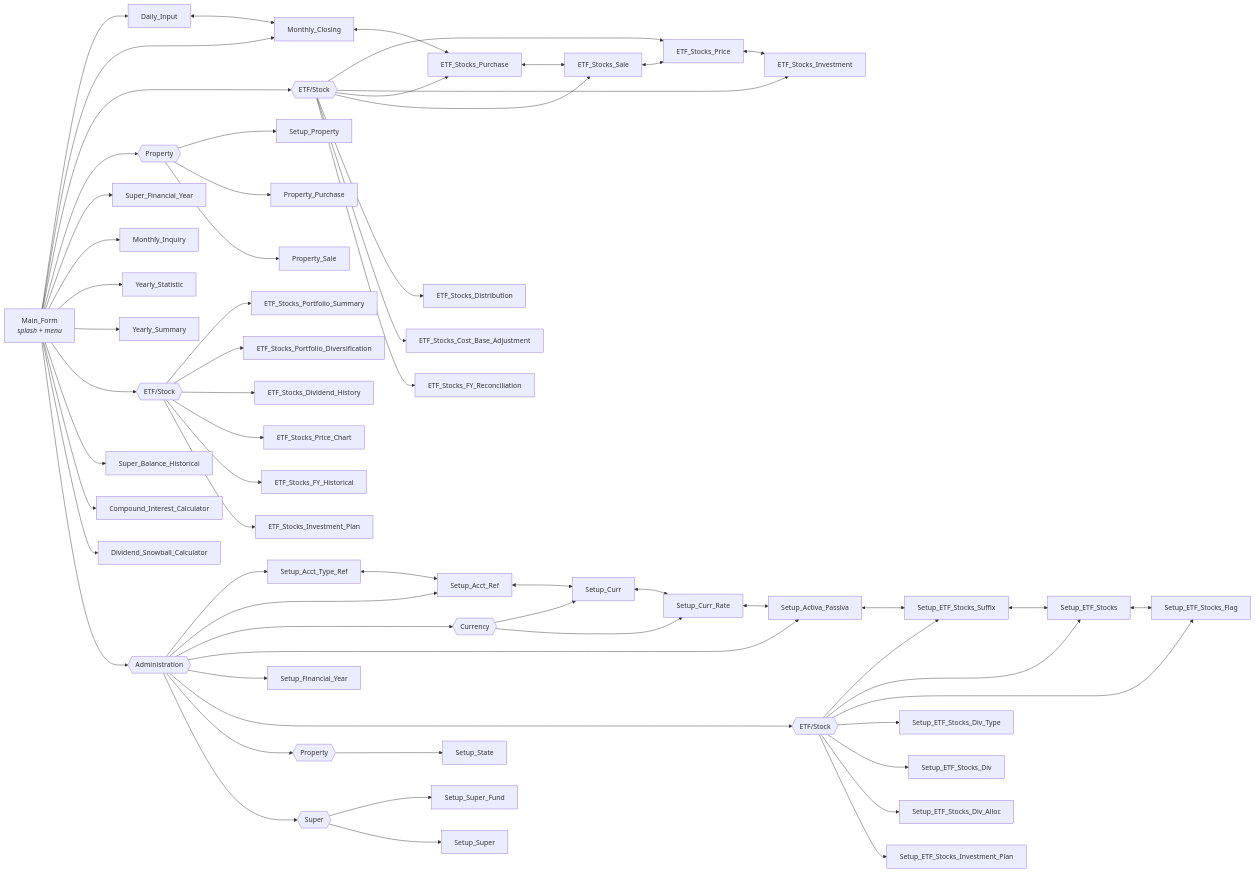
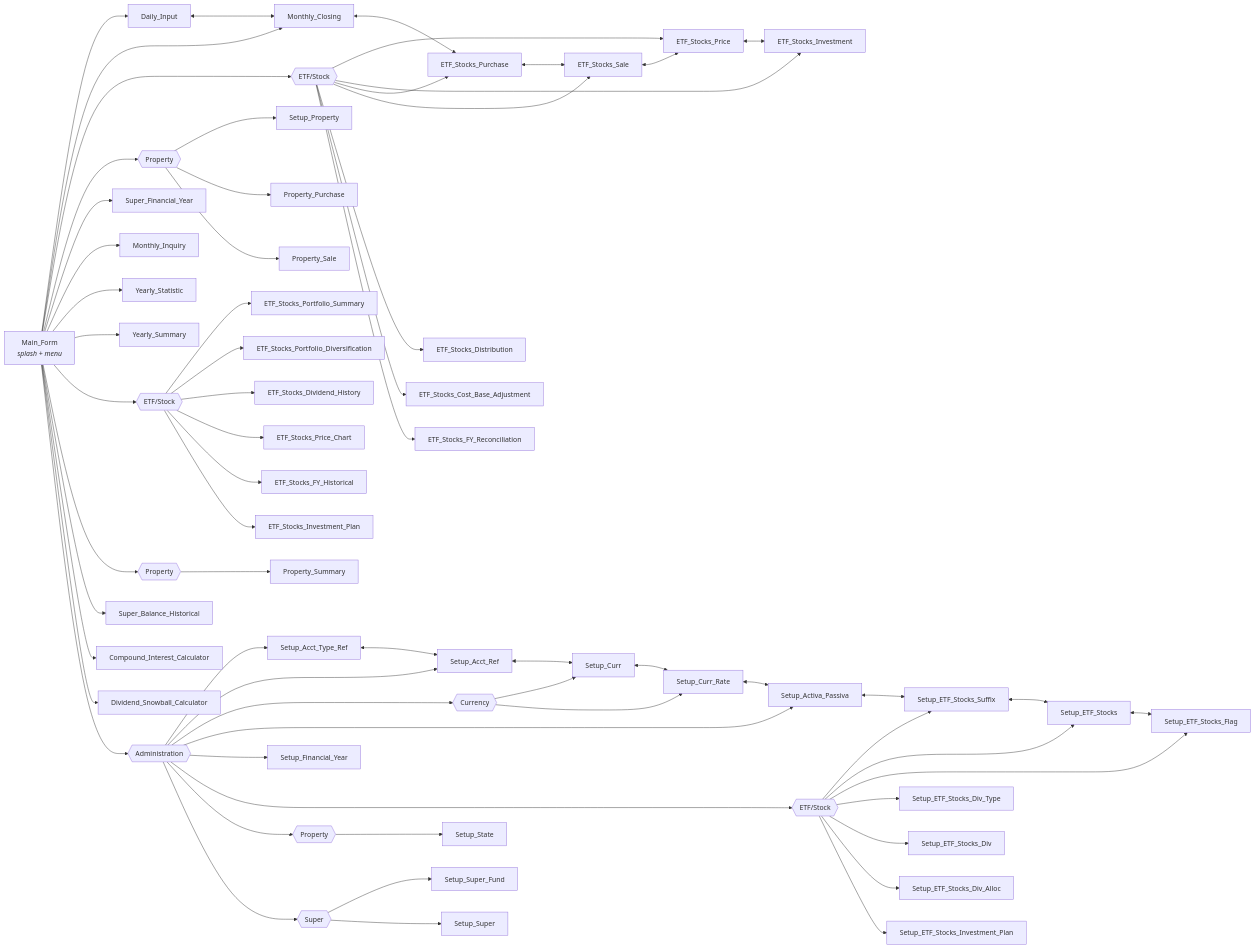
Before and after one commit to oscar-rijadi/FinancialBalance: the second of 3 diagrams in README.md, drawn with Mermaid. The commit also changed other lines of this file and 39 other files, not shown here.

Commit message:
Implement Property Summary

````diff
--- a/README.md
+++ b/README.md
@@ -109,69 +110,71 @@
 ```mermaid
 flowchart LR
     MAIN["Main_Form<br/><i>splash + menu</i>"]
 
     MAIN --> DI["Daily_Input"]
     MAIN --> MC["Monthly_Closing"]
     MAIN --> PETFG{{"ETF/Stock"}}
     PETFG --> ETP["ETF_Stocks_Price"]
     PETFG --> ETI["ETF_Stocks_Investment"]
     PETFG --> ETB["ETF_Stocks_Purchase"]
     PETFG --> ETS["ETF_Stocks_Sale"]
     PETFG --> ETD["ETF_Stocks_Distribution"]
     PETFG --> ECB["ETF_Stocks_Cost_Base_Adjustment"]
     PETFG --> ETR["ETF_Stocks_FY_Reconciliation"]
     MAIN --> PPROPG{{"Property"}}
     PPROPG --> SPROP["Setup_Property"]
     PPROPG --> PPUR["Property_Purchase"]
     PPROPG --> PSAL["Property_Sale"]
     MAIN --> SFYP["Super_Financial_Year"]
     MAIN --> MI["Monthly_Inquiry"]
     MAIN --> YT["Yearly_Statistic"]
     MAIN --> YS["Yearly_Summary"]
     MAIN --> PORTG{{"ETF/Stock"}}
     PORTG --> PSUM["ETF_Stocks_Portfolio_Summary"]
     PORTG --> PDIV["ETF_Stocks_Portfolio_Diversification"]
     PORTG --> PDVH["ETF_Stocks_Dividend_History"]
     PORTG --> PPCH["ETF_Stocks_Price_Chart"]
     PORTG --> PFYH["ETF_Stocks_FY_Historical"]
     PORTG --> PIVP["ETF_Stocks_Investment_Plan"]
+    MAIN --> IPROPG{{"Property"}}
+    IPROPG --> PSMY["Property_Summary"]
     MAIN --> SBH["Super_Balance_Historical"]
     MAIN --> CIC["Compound_Interest_Calculator"]
     MAIN --> DSC["Dividend_Snowball_Calculator"]
 
     MAIN --> ADMIN{{"Administration"}}
     ADMIN --> SATR["Setup_Acct_Type_Ref"]
     ADMIN --> SAR["Setup_Acct_Ref"]
     ADMIN --> CURG{{"Currency"}}
     CURG --> SC["Setup_Curr"]
     CURG --> SCR["Setup_Curr_Rate"]
     ADMIN --> SAP["Setup_Activa_Passiva"]
     ADMIN --> SFY["Setup_Financial_Year"]
     ADMIN --> ETFG{{"ETF/Stock"}}
     ETFG --> SES["Setup_ETF_Stocks_Suffix"]
     ETFG --> SET["Setup_ETF_Stocks"]
     ETFG --> SEF["Setup_ETF_Stocks_Flag"]
     ETFG --> SDT["Setup_ETF_Stocks_Div_Type"]
     ETFG --> SDV["Setup_ETF_Stocks_Div"]
     ETFG --> SDA["Setup_ETF_Stocks_Div_Alloc"]
     ETFG --> SIP["Setup_ETF_Stocks_Investment_Plan"]
     ADMIN --> PROPG{{"Property"}}
     PROPG --> SST["Setup_State"]
     ADMIN --> SUPG{{"Super"}}
     SUPG --> SSF["Setup_Super_Fund"]
     SUPG --> SSU["Setup_Super"]
 
     DI <--> MC
     MC <--> ETB
     ETB <--> ETS
     ETS <--> ETP
     ETP <--> ETI
 
     SATR <--> SAR
     SAR <--> SC
     SC <--> SCR
     SCR <--> SAP
     SAP <--> SES
     SES <--> SET
     SET <--> SEF
 ```
````
